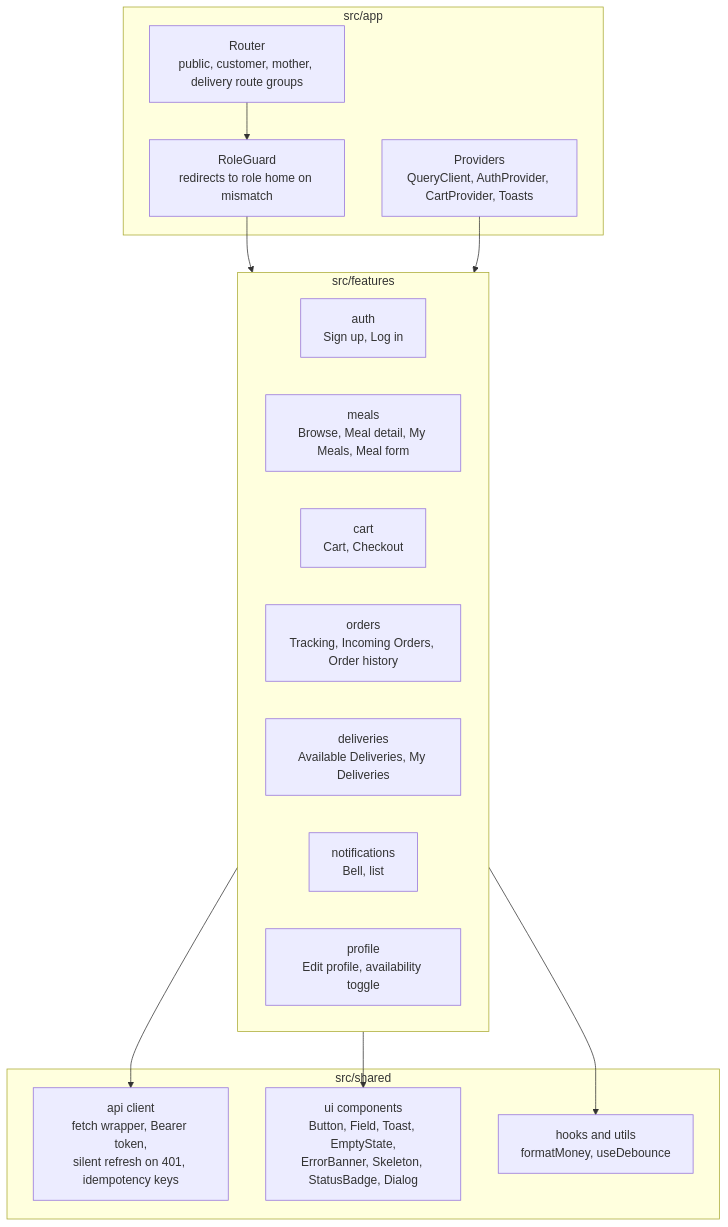
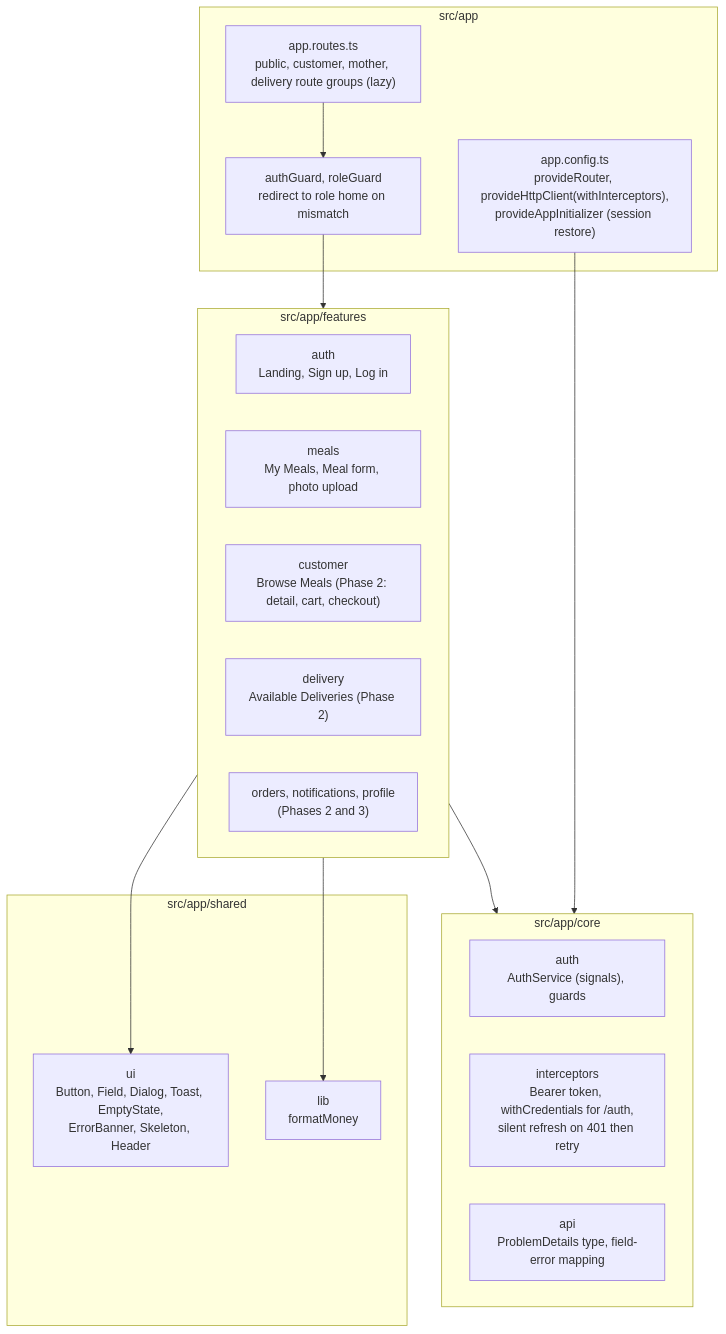
Before and after one commit to ranaagowayyed-maker/Home-to-Home: the fourth of 11 diagrams in docs/ARCHITECTURE.md, drawn with Mermaid. The commit also changed other lines of this file and 83 other files, not shown here.

First line of the commit message:
Add .NET 10 API for Phase 1: data model, auth and meal listings

````diff
--- a/docs/ARCHITECTURE.md
+++ b/docs/ARCHITECTURE.md
@@ -179,30 +179,33 @@
 ```mermaid
 flowchart TB
     subgraph app["src/app"]
-        router["Router<br/>public, customer, mother, delivery route groups"]
-        guard["RoleGuard<br/>redirects to role home on mismatch"]
-        providers["Providers<br/>QueryClient, AuthProvider, CartProvider, Toasts"]
+        router["app.routes.ts<br/>public, customer, mother, delivery route groups (lazy)"]
+        guard["authGuard, roleGuard<br/>redirect to role home on mismatch"]
+        config["app.config.ts<br/>provideRouter, provideHttpClient(withInterceptors),<br/>provideAppInitializer (session restore)"]
     end
 
-    subgraph features["src/features"]
-        auth["auth<br/>Sign up, Log in"]
-        meals["meals<br/>Browse, Meal detail, My Meals, Meal form"]
-        cart["cart<br/>Cart, Checkout"]
-        orders["orders<br/>Tracking, Incoming Orders, Order history"]
-        deliveries["deliveries<br/>Available Deliveries, My Deliveries"]
-        notif["notifications<br/>Bell, list"]
-        profile["profile<br/>Edit profile, availability toggle"]
+    subgraph core["src/app/core"]
+        auth["auth<br/>AuthService (signals), guards"]
+        http["interceptors<br/>Bearer token, withCredentials for /auth,<br/>silent refresh on 401 then retry"]
+        api["api<br/>ProblemDetails type, field-error mapping"]
     end
 
-    subgraph shared["src/shared"]
-        api["api client<br/>fetch wrapper, Bearer token,<br/>silent refresh on 401, idempotency keys"]
-        ui["ui components<br/>Button, Field, Toast, EmptyState,<br/>ErrorBanner, Skeleton, StatusBadge, Dialog"]
-        hooks["hooks and utils<br/>formatMoney, useDebounce"]
+    subgraph features["src/app/features"]
+        fauth["auth<br/>Landing, Sign up, Log in"]
+        meals["meals<br/>My Meals, Meal form, photo upload"]
+        customer["customer<br/>Browse Meals (Phase 2: detail, cart, checkout)"]
+        delivery["delivery<br/>Available Deliveries (Phase 2)"]
+        later["orders, notifications, profile<br/>(Phases 2 and 3)"]
+    end
+
+    subgraph shared["src/app/shared"]
+        ui["ui<br/>Button, Field, Dialog, Toast, EmptyState,<br/>ErrorBanner, Skeleton, Header"]
+        lib["lib<br/>formatMoney"]
     end
 
     router --> guard --> features
-    providers --> features
-    features --> api
+    config --> core
+    features --> core
     features --> ui
-    features --> hooks
+    features --> lib
 ```
````
